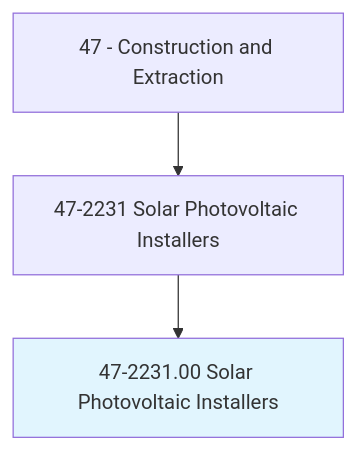
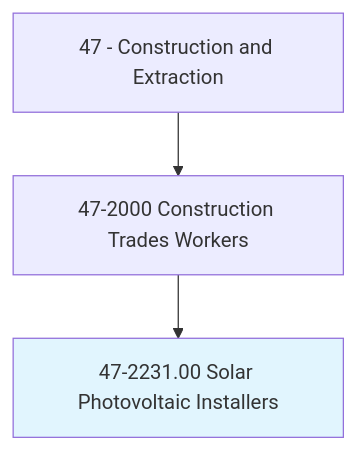
Before and after one commit to kziemski/business.org.ai: the first of 4 diagrams in occupations/Construction/SolarPhotovoltaicInstallers.mdx, drawn with Mermaid. The commit also changed other lines of this file and 938 other files, not shown here.

````diff
--- a/occupations/Construction/SolarPhotovoltaicInstallers.mdx
+++ b/occupations/Construction/SolarPhotovoltaicInstallers.mdx
@@ -19,6 +23,6 @@
 ```mermaid
 graph TD
-    Cat47["47 - Construction and Extraction"] --> Group472231["47-2231 Solar Photovoltaic Installers"]
-    Group472231 --> Current["47-2231.00 Solar Photovoltaic Installers"]
+    Cat47["47 - Construction and Extraction"] --> Group472["47-2000 Construction Trades Workers"]
+    Group472 --> Current["47-2231.00 Solar Photovoltaic Installers"]
     style Current fill:#e1f5fe
 ```
````
